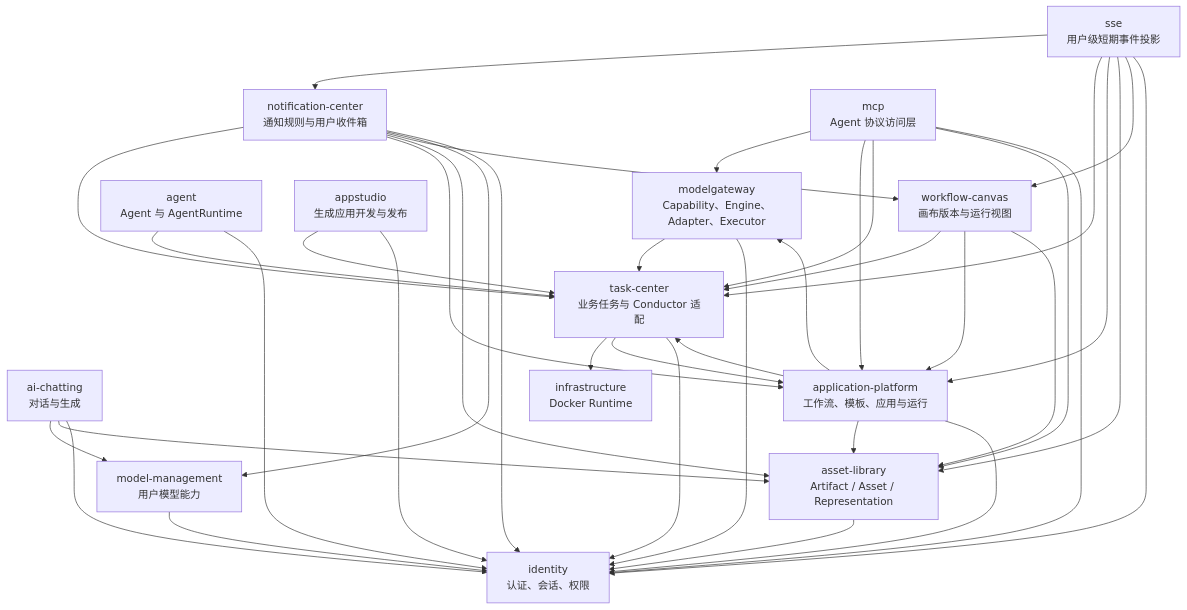
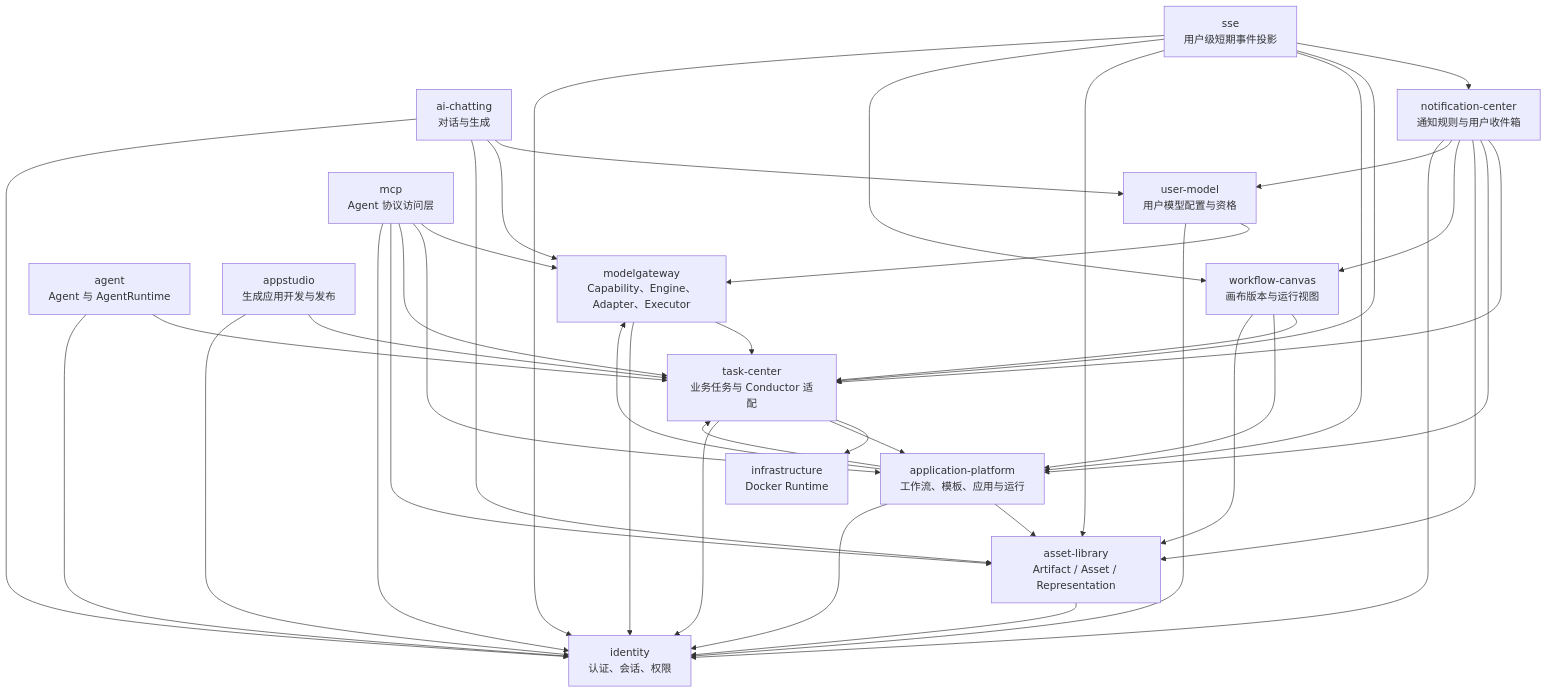
Before and after one commit to wangweihong/omnimam-spec: the first of 5 diagrams in 02_architecture/global-architecture.md, drawn with Mermaid. The commit also changed other lines of this file and 43 other files, not shown here.

Commit message:
spec: unify user model and model gateway

````diff
--- a/02_architecture/global-architecture.md
+++ b/02_architecture/global-architecture.md
@@ -32,57 +32,59 @@
 ```mermaid
 graph TD
   Identity["identity<br/>认证、会话、权限"]
-  Model["model-management<br/>用户模型能力"]
+  Model["user-model<br/>用户模型配置与资格"]
   Chat["ai-chatting<br/>对话与生成"]
   Asset["asset-library<br/>Artifact / Asset / Representation"]
   Gateway["modelgateway<br/>Capability、Engine、Adapter、Executor"]
   App["application-platform<br/>工作流、模板、应用与运行"]
   Task["task-center<br/>业务任务与 Conductor 适配"]
   Agent["agent<br/>Agent 与 AgentRuntime"]
   Studio["appstudio<br/>生成应用开发与发布"]
   Infra["infrastructure<br/>Docker Runtime"]
   Canvas["workflow-canvas<br/>画布版本与运行视图"]
   Notify["notification-center<br/>通知规则与用户收件箱"]
   SSE["sse<br/>用户级短期事件投影"]
   MCP["mcp<br/>Agent 协议访问层"]
 
   Chat --> Model
+  Chat --> Gateway
+  Model --> Gateway
   Chat --> Asset
   App --> Gateway
   App --> Task
   Agent --> Task
   Studio --> Task
   Task --> Infra
   App --> Asset
   Gateway --> Task
   Task --> App
   Canvas --> Task
   Canvas --> App
   Canvas --> Asset
   Notify --> Task
   Notify --> App
   Notify --> Asset
   Notify --> Canvas
   Notify --> Model
   SSE --> Notify
   SSE --> Task
   SSE --> App
   SSE --> Asset
   SSE --> Canvas
   MCP --> Gateway
   MCP --> App
   MCP --> Task
   MCP --> Asset
 
   Model --> Identity
   Chat --> Identity
   Asset --> Identity
   Gateway --> Identity
   App --> Identity
   Task --> Identity
   Notify --> Identity
   SSE --> Identity
   MCP --> Identity
   Agent --> Identity
   Studio --> Identity
 ```
````
